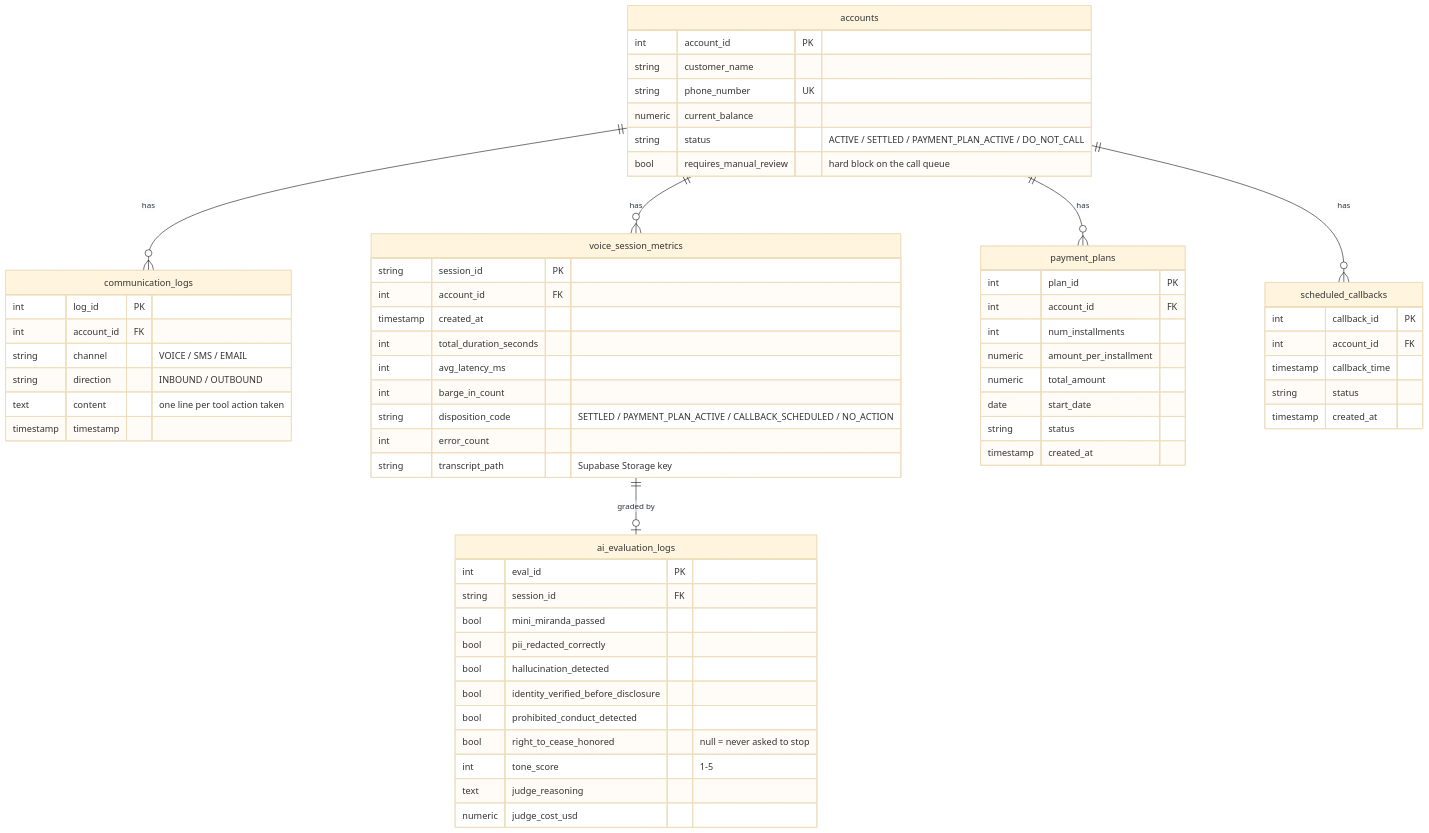
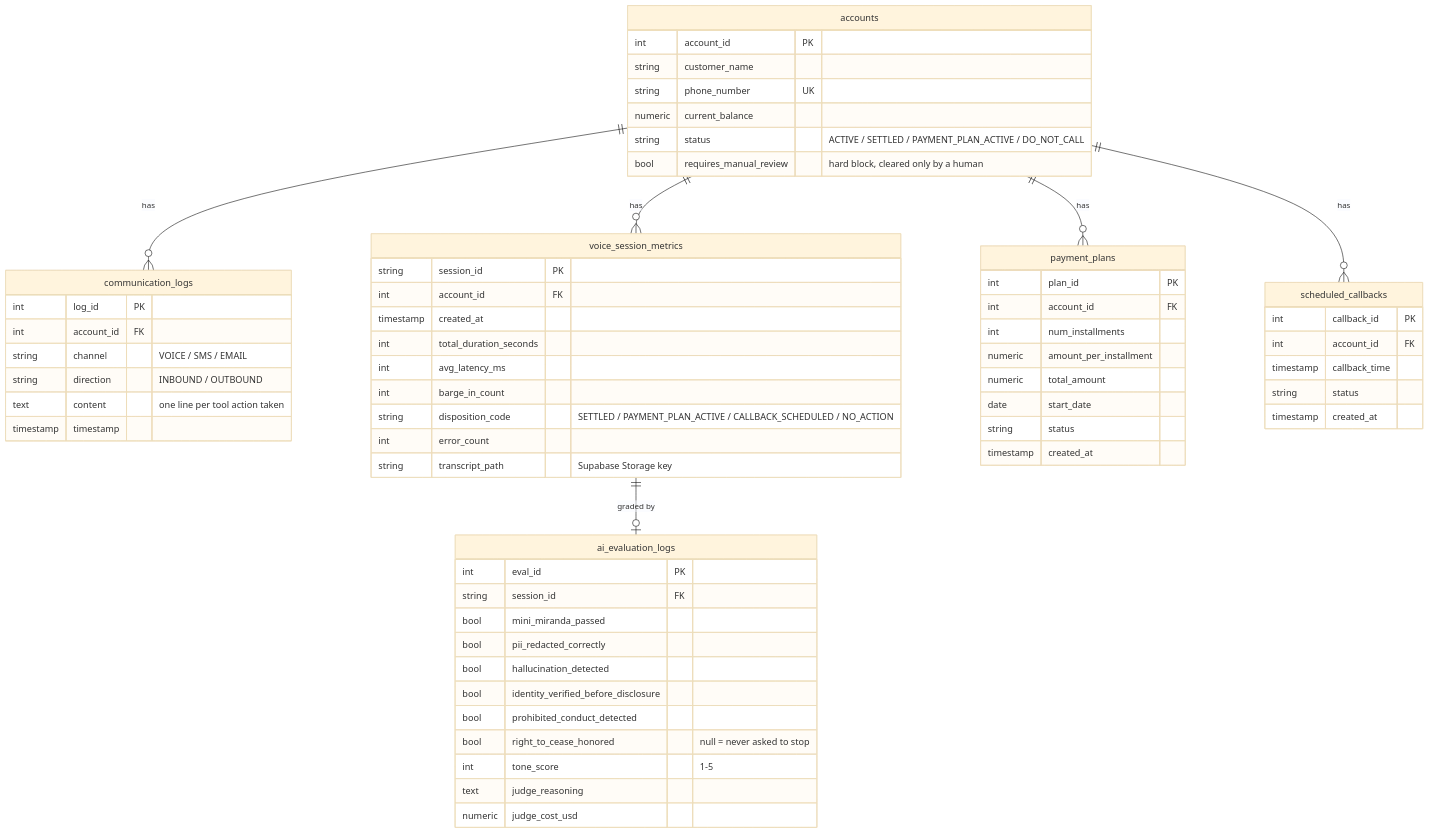
Before and after one commit to krishnapriya-venkatakrishnan/corafone.demo: the diagram in README.md, drawn with Mermaid (base theme). The commit also changed other lines of this file and 10 other files, not shown here.

Commit message:
chore: remove call queue agent (out of task scope)

````diff
--- a/README.md
+++ b/README.md
@@ -38,66 +36,66 @@
 ```mermaid
 erDiagram
     accounts ||--o{ communication_logs : "has"
     accounts ||--o{ voice_session_metrics : "has"
     accounts ||--o{ payment_plans : "has"
     accounts ||--o{ scheduled_callbacks : "has"
     voice_session_metrics ||--o| ai_evaluation_logs : "graded by"
 
     accounts {
         int account_id PK
         string customer_name
         string phone_number UK
         numeric current_balance
         string status "ACTIVE / SETTLED / PAYMENT_PLAN_ACTIVE / DO_NOT_CALL"
-        bool requires_manual_review "hard block on the call queue"
+        bool requires_manual_review "hard block, cleared only by a human"
     }
     communication_logs {
         int log_id PK
         int account_id FK
         string channel "VOICE / SMS / EMAIL"
         string direction "INBOUND / OUTBOUND"
         text content "one line per tool action taken"
         timestamp timestamp
     }
     voice_session_metrics {
         string session_id PK
         int account_id FK
         timestamp created_at
         int total_duration_seconds
         int avg_latency_ms
         int barge_in_count
         string disposition_code "SETTLED / PAYMENT_PLAN_ACTIVE / CALLBACK_SCHEDULED / NO_ACTION"
         int error_count
         string transcript_path "Supabase Storage key"
     }
     ai_evaluation_logs {
         int eval_id PK
         string session_id FK
         bool mini_miranda_passed
         bool pii_redacted_correctly
         bool hallucination_detected
         bool identity_verified_before_disclosure
         bool prohibited_conduct_detected
         bool right_to_cease_honored "null = never asked to stop"
         int tone_score "1-5"
         text judge_reasoning
         numeric judge_cost_usd
     }
     payment_plans {
         int plan_id PK
         int account_id FK
         int num_installments
         numeric amount_per_installment
         numeric total_amount
         date start_date
         string status
         timestamp created_at
     }
     scheduled_callbacks {
         int callback_id PK
         int account_id FK
         timestamp callback_time
         string status
         timestamp created_at
     }
 ```
````
